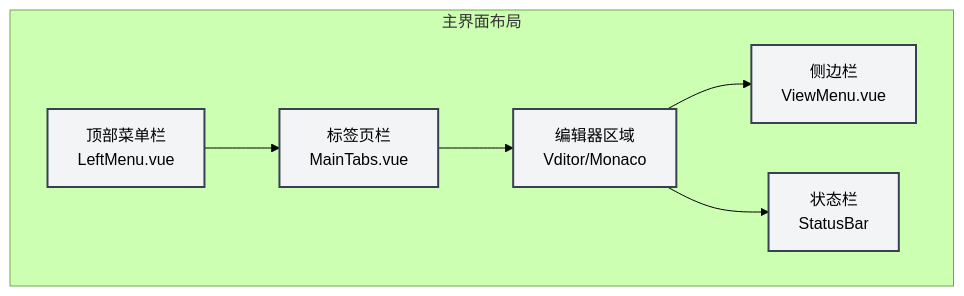
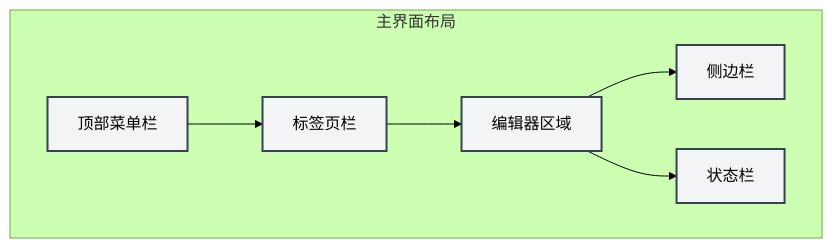
One commit to JaredYe04/MetaDoc changed the first of 2 diagrams in meta-doc/src/renderer/src/manuals/zh_CN/quick-start/guide.md. Above: the diagram before and after it, drawn with Mermaid (forest theme). The commit also changed other lines of this file and 1 other file, not shown here.

````diff
--- a/meta-doc/src/renderer/src/manuals/zh_CN/quick-start/guide.md
+++ b/meta-doc/src/renderer/src/manuals/zh_CN/quick-start/guide.md
@@ -62,14 +69,14 @@
 ```mermaid
 graph TB
     subgraph 主界面布局
-        A[顶部菜单栏<br/>LeftMenu.vue] --> B[标签页栏<br/>MainTabs.vue]
-        B --> C[编辑器区域<br/>Vditor/Monaco]
-        C --> D[侧边栏<br/>ViewMenu.vue]
-        C --> E[状态栏<br/>StatusBar]
+        A[顶部菜单栏] --> B[标签页栏]
+        B --> C[编辑器区域]
+        C --> D[侧边栏]
+        C --> E[状态栏]
     end
     style A fill:#f3f4f6,stroke:#374151,stroke-width:2px
     style B fill:#f3f4f6,stroke:#374151,stroke-width:2px
     style C fill:#f3f4f6,stroke:#374151,stroke-width:2px
     style D fill:#f3f4f6,stroke:#374151,stroke-width:2px
     style E fill:#f3f4f6,stroke:#374151,stroke-width:2px
 ```
````
